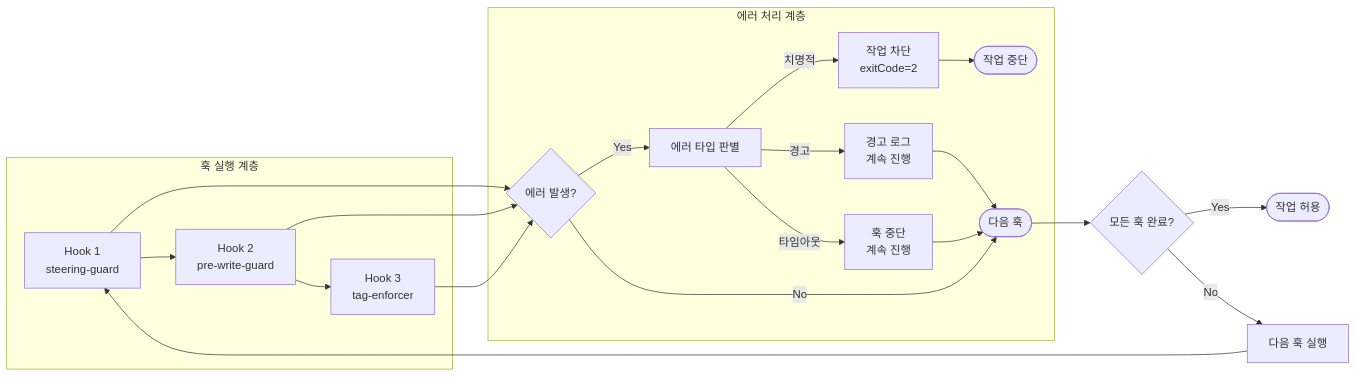
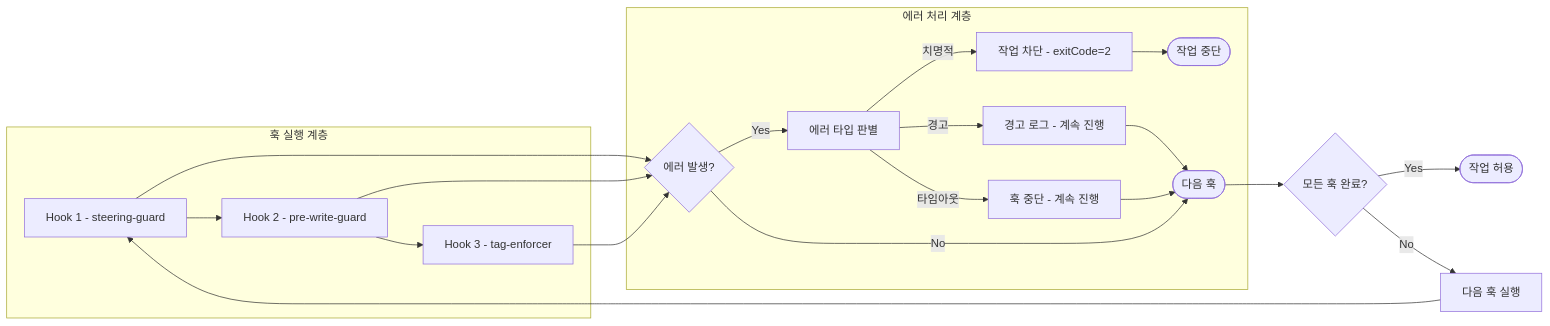
One commit to modu-ai/moai-adk changed the fourth of 4 diagrams in docs/claude/hooks-detailed.md. Above: the diagram before and after it, drawn with Mermaid. The commit also changed other lines of this file and 447 other files, not shown here.

````diff
--- a/docs/claude/hooks-detailed.md
+++ b/docs/claude/hooks-detailed.md
@@ -1864,29 +1864,29 @@
 ```mermaid
 flowchart LR
     subgraph "훅 실행 계층"
-        H1[Hook 1<br/>steering-guard] --> H2[Hook 2<br/>pre-write-guard]
-        H2 --> H3[Hook 3<br/>tag-enforcer]
+        H1[Hook 1 - steering-guard] --> H2[Hook 2 - pre-write-guard]
+        H2 --> H3[Hook 3 - tag-enforcer]
     end
 
     subgraph "에러 처리 계층"
         E1{에러 발생?} --> |Yes| E2[에러 타입 판별]
-        E2 --> |치명적| E3[작업 차단<br/>exitCode=2]
-        E2 --> |경고| E4[경고 로그<br/>계속 진행]
-        E2 --> |타임아웃| E5[훅 중단<br/>계속 진행]
+        E2 --> |치명적| E3[작업 차단 - exitCode=2]
+        E2 --> |경고| E4[경고 로그 - 계속 진행]
+        E2 --> |타임아웃| E5[훅 중단 - 계속 진행]
 
         E3 --> Stop([작업 중단])
         E4 --> Continue([다음 훅])
         E5 --> Continue
         E1 --> |No| Continue
     end
 
     H1 --> E1
     H2 --> E1
     H3 --> E1
 
     Continue --> Result{모든 훅 완료?}
     Result --> |Yes| Success([작업 허용])
     Result --> |No| NextHook[다음 훅 실행]
     NextHook --> H1
 
 ```
````
